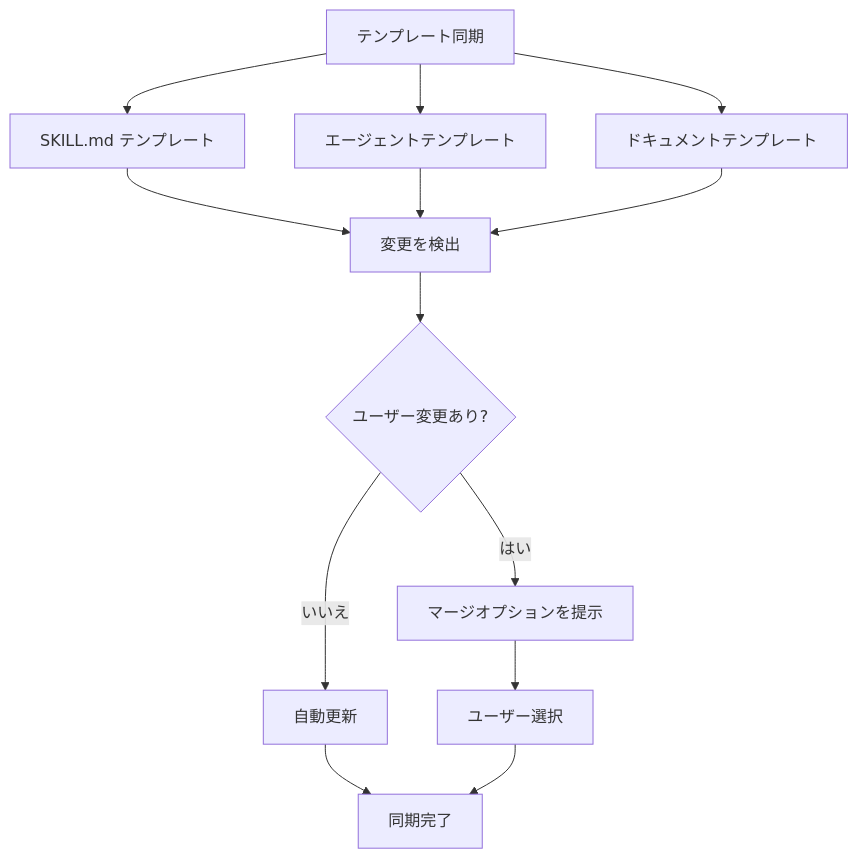
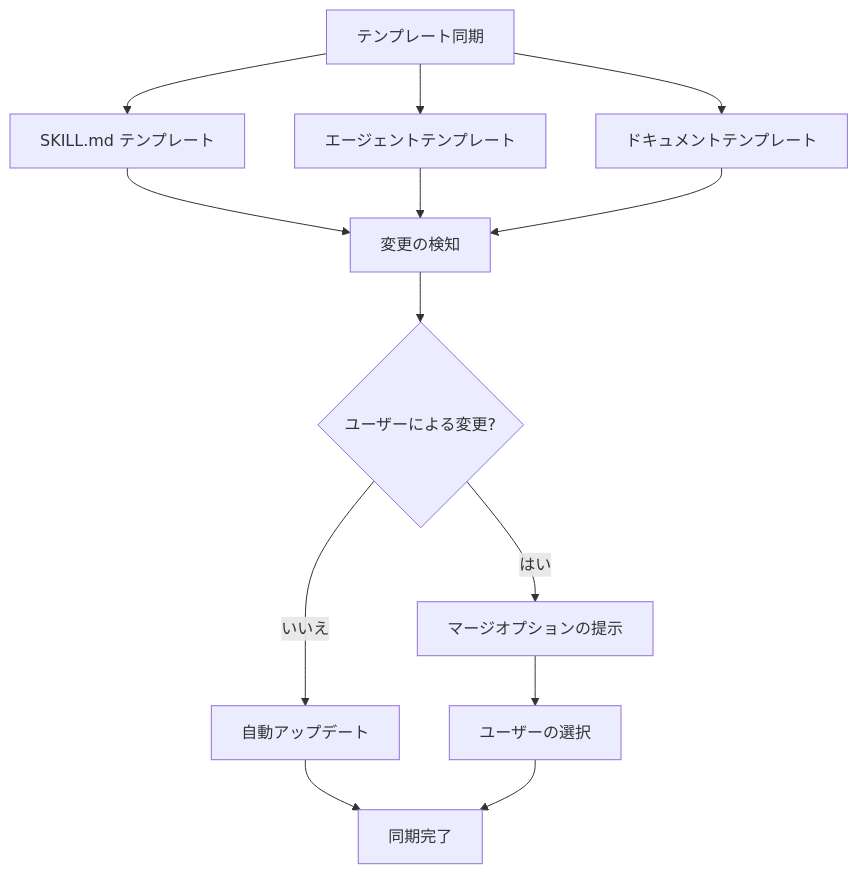
The third of 3 diagrams in docs-site/content/ja/getting-started/update.md (modu-ai/moai-adk), drawn with Mermaid before and after one commit. The commit also changed other lines of this file and 395 other files, not shown here.

````diff
--- a/docs-site/content/ja/getting-started/update.md
+++ b/docs-site/content/ja/getting-started/update.md
@@ -166,19 +166,19 @@
 ```mermaid
 graph TD
     A[テンプレート同期] --> B[SKILL.md テンプレート]
     A --> C[エージェントテンプレート]
     A --> D[ドキュメントテンプレート]
 
-    B --> E[変更を検出]
+    B --> E[変更の検知]
     C --> E
     D --> E
 
-    E --> F{ユーザー変更あり?}
+    E --> F{ユーザーによる変更?}
 
-    F -->|いいえ| G[自動更新]
-    F -->|はい| H[マージオプションを提示]
+    F -->|いいえ| G[自動アップデート]
+    F -->|はい| H[マージオプションの提示]
 
     G --> I[同期完了]
-    H --> J[ユーザー選択]
+    H --> J[ユーザーの選択]
     J --> I
 ```
````
